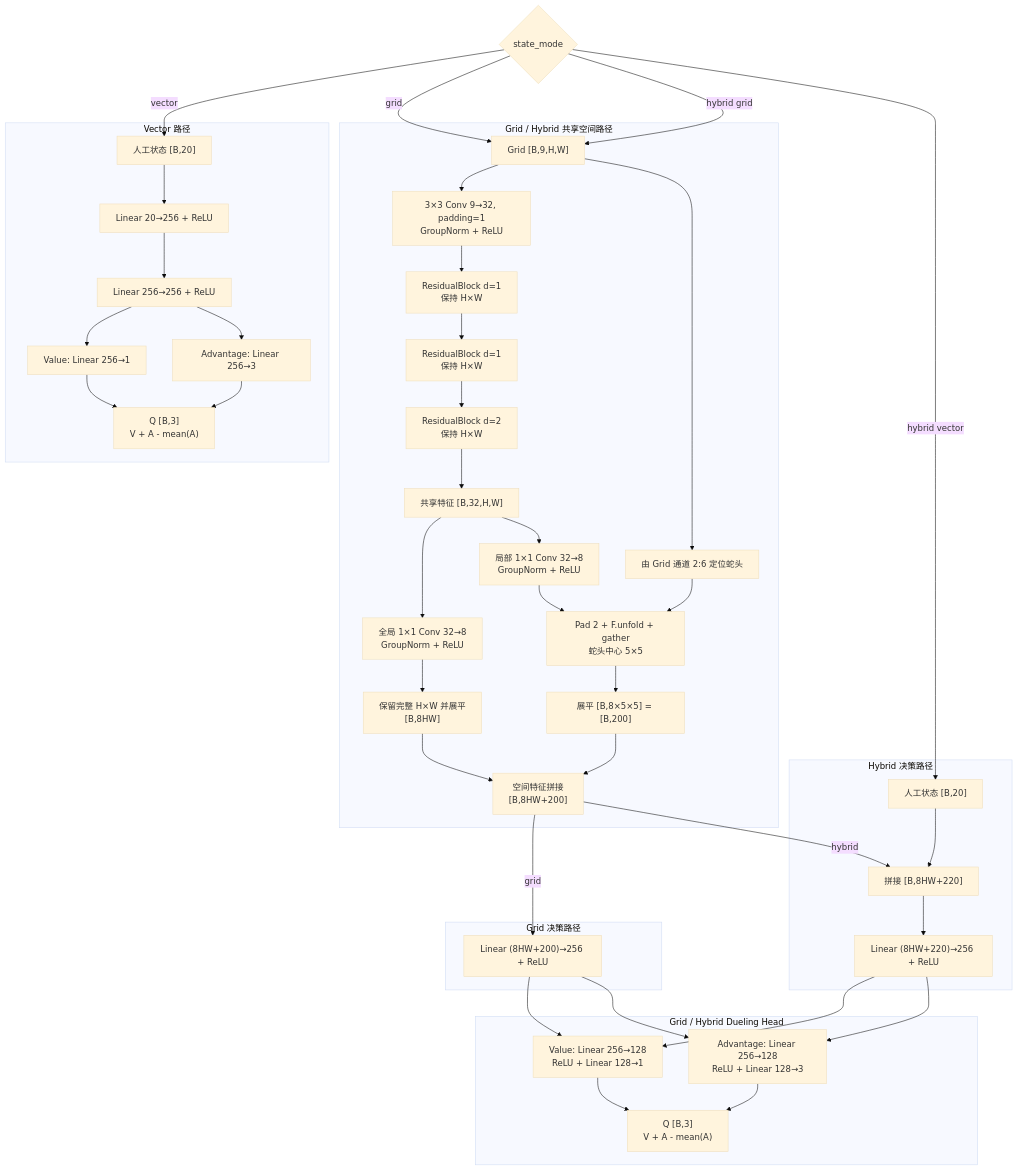
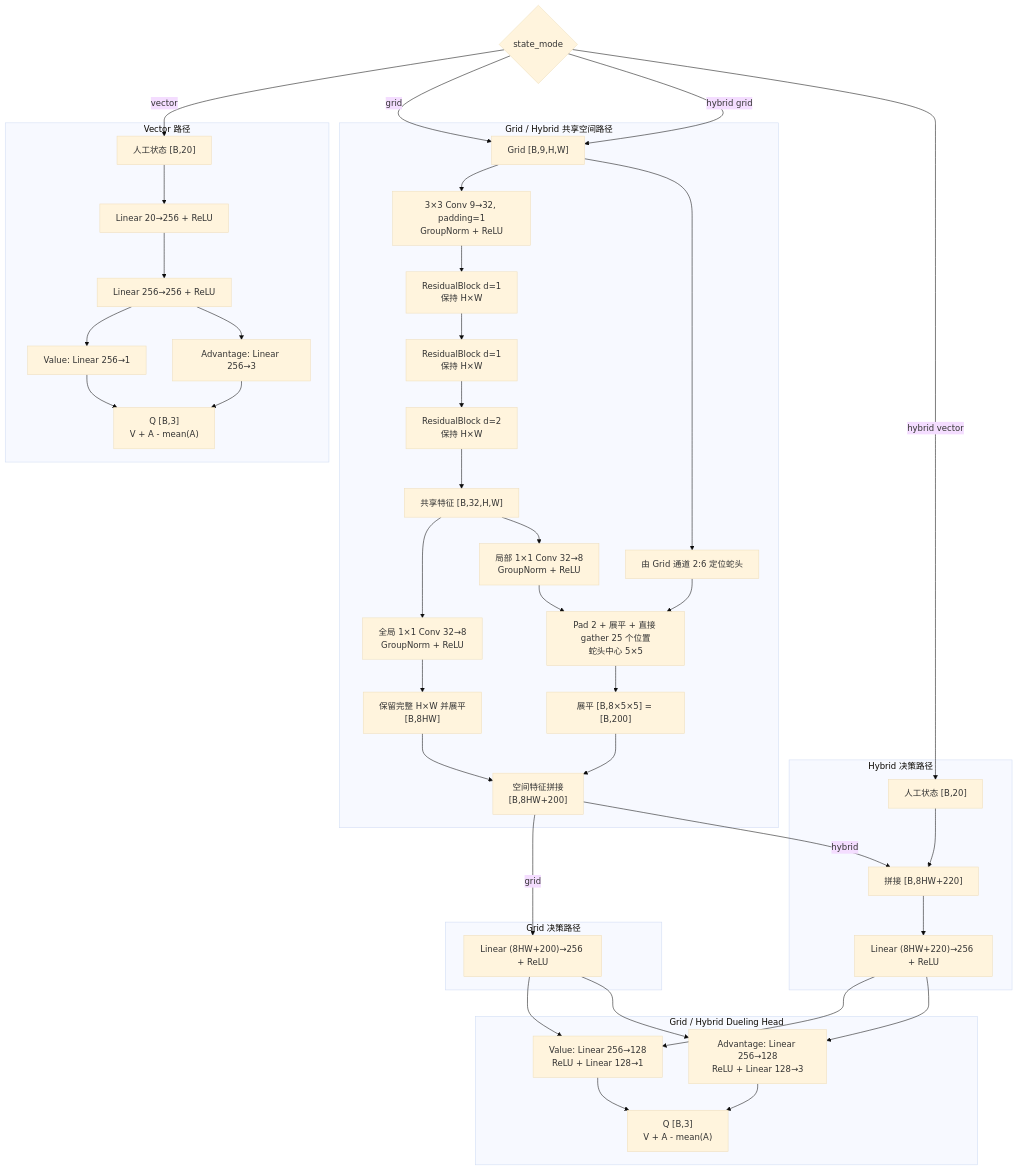
The first of 2 diagrams in README.md (leijun0336-a11y/Snake), drawn with Mermaid (base theme) before and after one commit. The commit also changed other lines of this file and 5 other files, not shown here.

````diff
--- a/README.md
+++ b/README.md
@@ -102,69 +105,69 @@
 ```mermaid
 flowchart TB
     MODE{"state_mode"}
 
     subgraph VECTOR["Vector 路径"]
         VIN["人工状态 [B,20]"]
         VFC1["Linear 20→256 + ReLU"]
         VFC2["Linear 256→256 + ReLU"]
         VV["Value: Linear 256→1"]
         VA["Advantage: Linear 256→3"]
         VQ["Q [B,3]<br/>V + A - mean(A)"]
         VIN --> VFC1 --> VFC2
         VFC2 --> VV --> VQ
         VFC2 --> VA --> VQ
     end
 
     subgraph SPATIAL["Grid / Hybrid 共享空间路径"]
         GIN["Grid [B,9,H,W]"]
         STEM["3×3 Conv 9→32, padding=1<br/>GroupNorm + ReLU"]
         RB1["ResidualBlock d=1<br/>保持 H×W"]
         RB2["ResidualBlock d=1<br/>保持 H×W"]
         RB3["ResidualBlock d=2<br/>保持 H×W"]
         SHARED["共享特征 [B,32,H,W]"]
 
         GP["全局 1×1 Conv 32→8<br/>GroupNorm + ReLU"]
         GF["保留完整 H×W 并展平<br/>[B,8HW]"]
 
         LP["局部 1×1 Conv 32→8<br/>GroupNorm + ReLU"]
         HEAD["由 Grid 通道 2:6 定位蛇头"]
-        CROP["Pad 2 + F.unfold + gather<br/>蛇头中心 5×5"]
+        CROP["Pad 2 + 展平 + 直接 gather 25 个位置<br/>蛇头中心 5×5"]
         LF["展平 [B,8×5×5] = [B,200]"]
         SF["空间特征拼接<br/>[B,8HW+200]"]
 
         GIN --> STEM --> RB1 --> RB2 --> RB3 --> SHARED
         SHARED --> GP --> GF --> SF
         SHARED --> LP --> CROP --> LF --> SF
         GIN --> HEAD --> CROP
     end
 
     subgraph GRIDHEAD["Grid 决策路径"]
         GFC["Linear (8HW+200)→256 + ReLU"]
     end
 
     subgraph HYBRIDHEAD["Hybrid 决策路径"]
         AUX["人工状态 [B,20]"]
         HF["拼接 [B,8HW+220]"]
         HFC["Linear (8HW+220)→256 + ReLU"]
         AUX --> HF --> HFC
     end
 
     subgraph DUELING["Grid / Hybrid Dueling Head"]
         SV["Value: Linear 256→128<br/>ReLU + Linear 128→1"]
         SA["Advantage: Linear 256→128<br/>ReLU + Linear 128→3"]
         SQ["Q [B,3]<br/>V + A - mean(A)"]
         SV --> SQ
         SA --> SQ
     end
 
     MODE -->|vector| VIN
     MODE -->|grid| GIN
     MODE -->|hybrid grid| GIN
     MODE -->|hybrid vector| AUX
     SF -->|grid| GFC
     SF -->|hybrid| HF
     GFC --> SV
     GFC --> SA
     HFC --> SV
     HFC --> SA
 ```
````
